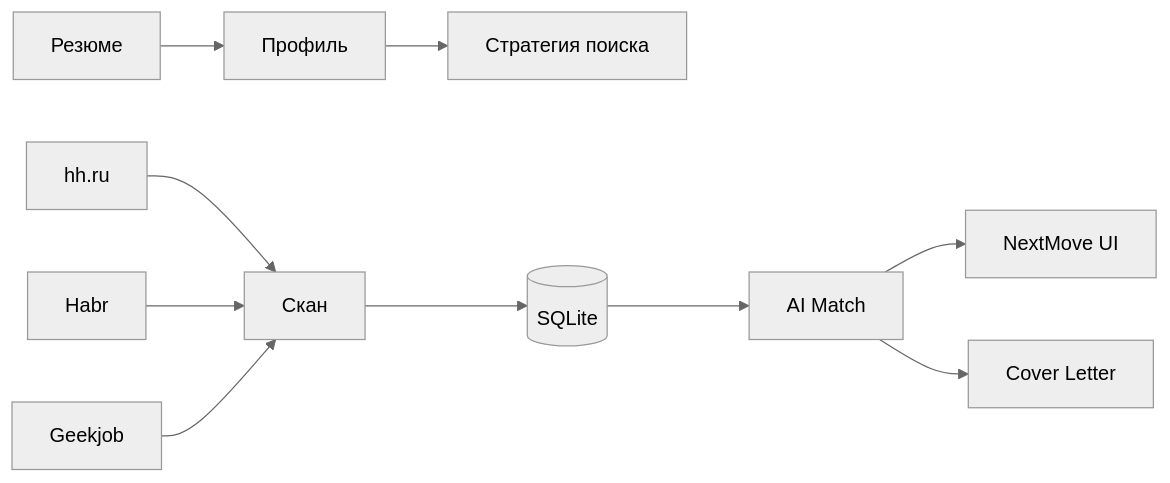
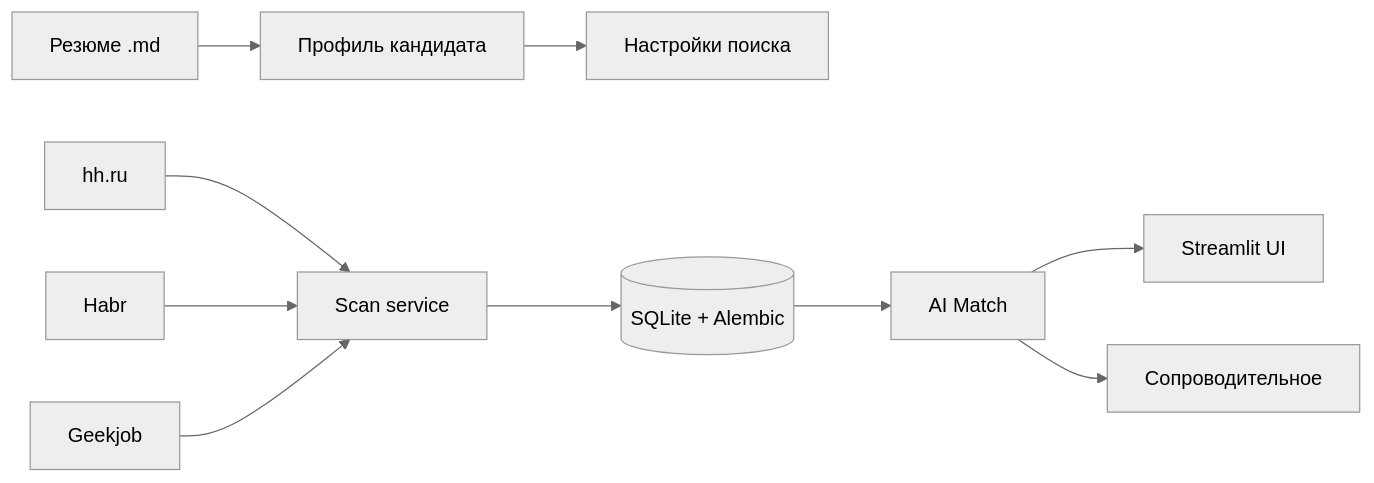
Before and after one commit to addito-5G/job-scout: the diagram in README_ru.md, drawn with Mermaid (neutral theme). The commit also changed other lines of this file and 98 other files, not shown here.

First line of the commit message:
Refactor architecture, add Alembic migrations, and rewrite README.

````diff
--- a/README_ru.md
+++ b/README_ru.md
@@ -74,12 +62,12 @@
 ```mermaid
 flowchart LR
-    R[Резюме] --> P[Профиль]
-    P --> S[Стратегия поиска]
-    HH[hh.ru] --> SC[Скан]
+    R[Резюме .md] --> P[Профиль кандидата]
+    P --> S[Настройки поиска]
+    HH[hh.ru] --> SC[Scan service]
     HB[Habr] --> SC
     GJ[Geekjob] --> SC
-    SC --> DB[(SQLite)]
+    SC --> DB[(SQLite + Alembic)]
     DB --> M[AI Match]
-    M --> UI[NextMove UI]
-    M --> CL[Cover Letter]
+    M --> UI[Streamlit UI]
+    M --> CL[Сопроводительное]
 ```
````
